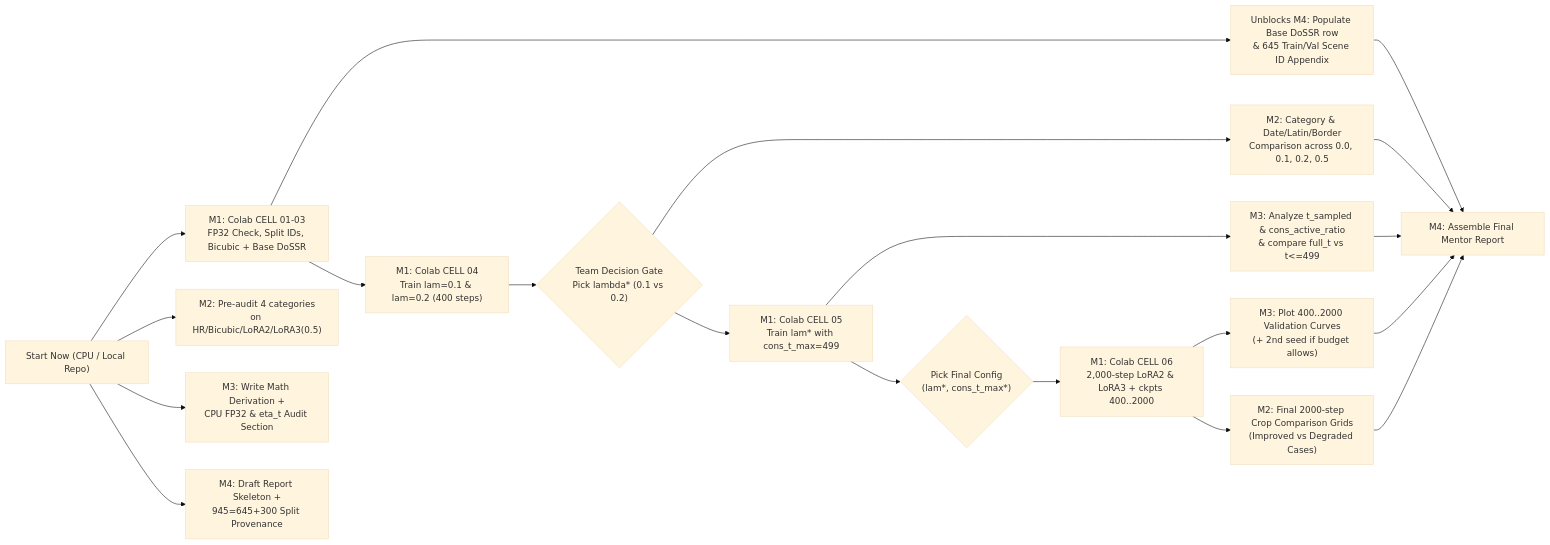
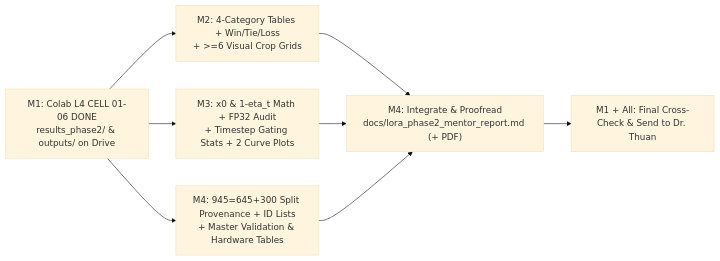
One commit to lemon4life/SC203 changed the diagram in docs/team_plan_phase2_lora_sweep_2000step.md. Above: the diagram before and after it, drawn with Mermaid (base theme). The commit also changed other lines of this file, not shown here.

Commit message:
docs: update Phase-2 team plan with completed Colab results and member handoff tasks

````diff
--- a/docs/team_plan_phase2_lora_sweep_2000step.md
+++ b/docs/team_plan_phase2_lora_sweep_2000step.md
@@ -26,26 +37,11 @@
 ```mermaid
 flowchart LR
-    NOW["Start Now (CPU / Local Repo)"] --> M1_C1["M1: Colab CELL 01-03<br/>FP32 Check, Split IDs, Bicubic + Base DoSSR"]
-    NOW --> M2_PRE["M2: Pre-audit 4 categories<br/>on HR/Bicubic/LoRA2/LoRA3(0.5)"]
-    NOW --> M3_PRE["M3: Write Math Derivation +<br/>CPU FP32 & eta_t Audit Section"]
-    NOW --> M4_PRE["M4: Draft Report Skeleton +<br/>945=645+300 Split Provenance"]
+    M1_DONE["M1: Colab L4 CELL 01-06 DONE<br/>results_phase2/ & outputs/ on Drive"] --> M2_CAT["M2: 4-Category Tables + Win/Tie/Loss<br/>+ >=6 Visual Crop Grids"]
+    M1_DONE --> M3_MATH["M3: x0 & 1-eta_t Math + FP32 Audit<br/>+ Timestep Gating Stats + 2 Curve Plots"]
+    M1_DONE --> M4_SPLIT["M4: 945=645+300 Split Provenance + ID Lists<br/>+ Master Validation & Hardware Tables"]
 
-    M1_C1 --> M4_SPLIT["Unblocks M4: Populate Base DoSSR row<br/>& 645 Train/Val Scene ID Appendix"]
-    M1_C1 --> M1_C4["M1: Colab CELL 04<br/>Train lam=0.1 & lam=0.2 (400 steps)"]
-
-    M1_C4 --> GATE1{"Team Decision Gate<br/>Pick lambda* (0.1 vs 0.2)"}
-    GATE1 --> M2_SWEEP["M2: Category & Date/Latin/Border<br/>Comparison across 0.0, 0.1, 0.2, 0.5"]
-    GATE1 --> M1_C5["M1: Colab CELL 05<br/>Train lam* with cons_t_max=499"]
-
-    M1_C5 --> M3_T["M3: Analyze t_sampled & cons_active_ratio<br/>& compare full_t vs t<=499"]
-    M1_C5 --> GATE2{"Pick Final Config<br/>(lam*, cons_t_max*)"}
-    GATE2 --> M1_C6["M1: Colab CELL 06<br/>2,000-step LoRA2 & LoRA3 + ckpts 400..2000"]
-
-    M1_C6 --> M3_CURVE["M3: Plot 400..2000 Validation Curves<br/>(+ 2nd seed if budget allows)"]
-    M1_C6 --> M2_FINAL["M2: Final 2000-step Crop Comparison Grids<br/>(Improved vs Degraded Cases)"]
-    M3_CURVE --> M4_FINAL["M4: Assemble Final Mentor Report"]
-    M2_FINAL --> M4_FINAL
-    M2_SWEEP --> M4_FINAL
-    M3_T --> M4_FINAL
+    M2_CAT --> M4_FINAL["M4: Integrate & Proofread<br/>docs/lora_phase2_mentor_report.md (+ PDF)"]
+    M3_MATH --> M4_FINAL
     M4_SPLIT --> M4_FINAL
+    M4_FINAL --> M1_REV["M1 + All: Final Cross-Check & Send to Dr. Thuan"]
 ```
````
